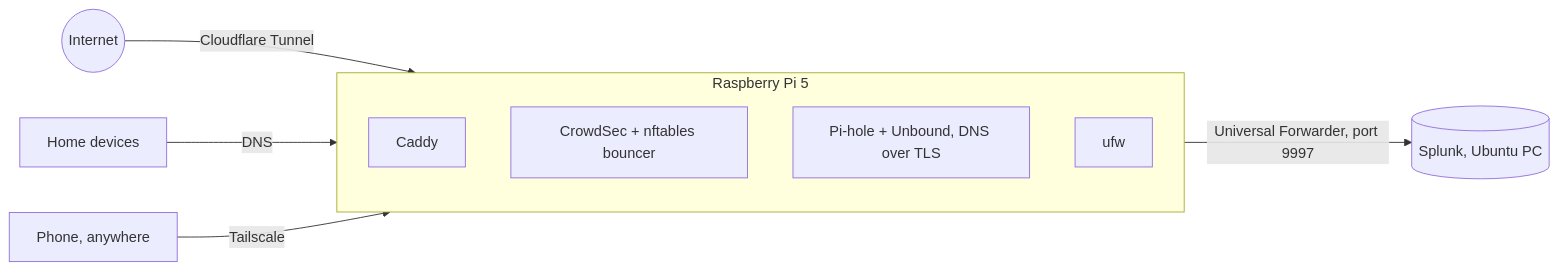
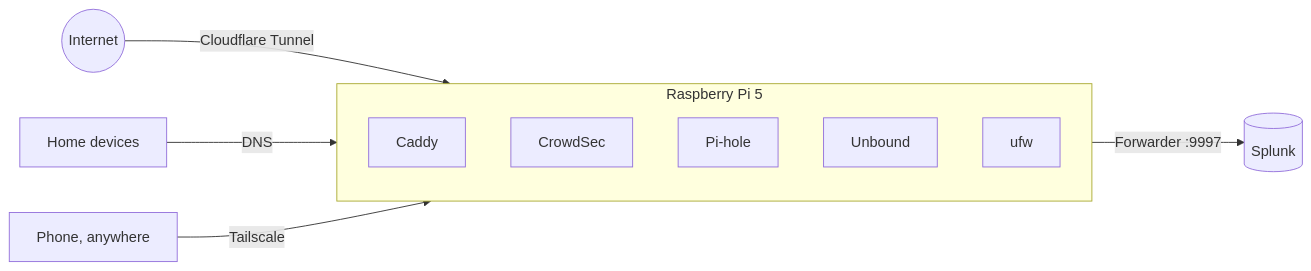
The diagram in README.md (Bytebara/home-soc-lab), drawn with Mermaid before and after one commit.

Commit message:
Shorten diagram labels

````diff
--- a/README.md
+++ b/README.md
@@ -7,13 +7,14 @@
 ```mermaid
 flowchart LR
     internet((Internet)) -->|Cloudflare Tunnel| pi
     devices[Home devices] -->|DNS| pi
     remote[Phone, anywhere] -->|Tailscale| pi
     subgraph pi[Raspberry Pi 5]
         caddy[Caddy]
-        crowdsec[CrowdSec + nftables bouncer]
-        pihole[Pi-hole + Unbound, DNS over TLS]
+        crowdsec[CrowdSec]
+        pihole[Pi-hole]
+        unbound[Unbound]
         ufw[ufw]
     end
-    pi -->|Universal Forwarder, port 9997| splunk[(Splunk, Ubuntu PC)]
+    pi -->|Forwarder :9997| splunk[(Splunk)]
 ```
````
